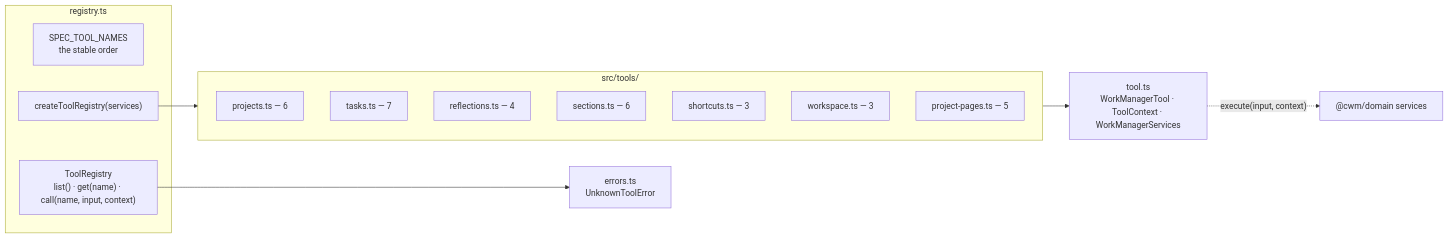
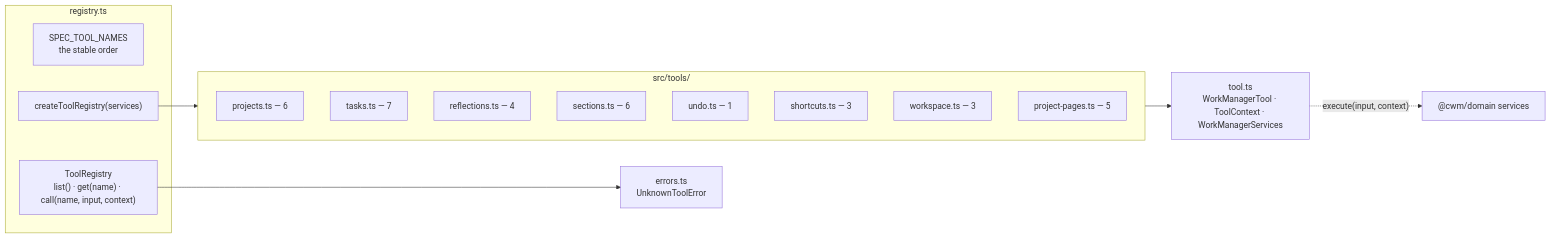
The first of 2 diagrams in docs/architecture/mcp-tools/what.md (CalciteDragon/Canvas-work-manager-prototype), drawn with Mermaid before and after one commit. The commit also changed 3 other files, not shown here.

First line of the commit message:
docs: correct removal-archival comments, roadmap state and tool inventory

````diff
--- a/docs/architecture/mcp-tools/what.md
+++ b/docs/architecture/mcp-tools/what.md
@@ -5,23 +5,24 @@
 ```mermaid
 flowchart LR
   subgraph registry["registry.ts"]
     names["SPEC_TOOL_NAMES<br/>the stable order"]
     create["createToolRegistry(services)"]
     reg["ToolRegistry<br/>list() · get(name) · call(name, input, context)"]
   end
   subgraph defs["src/tools/"]
     projects["projects.ts — 6"]
     tasks["tasks.ts — 7"]
     reflections["reflections.ts — 4"]
     sections["sections.ts — 6"]
+    undo["undo.ts — 1"]
     shortcuts["shortcuts.ts — 3"]
     workspace["workspace.ts — 3"]
     pages["project-pages.ts — 5"]
   end
   tool["tool.ts<br/>WorkManagerTool · ToolContext · WorkManagerServices"]
   errors["errors.ts<br/>UnknownToolError"]
   create --> defs
   defs --> tool
   reg --> errors
   tool -. "execute(input, context)" .-> domain["@cwm/domain services"]
 ```
````
